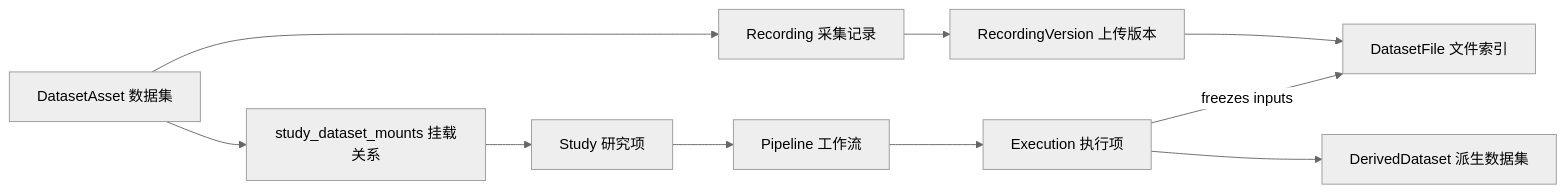
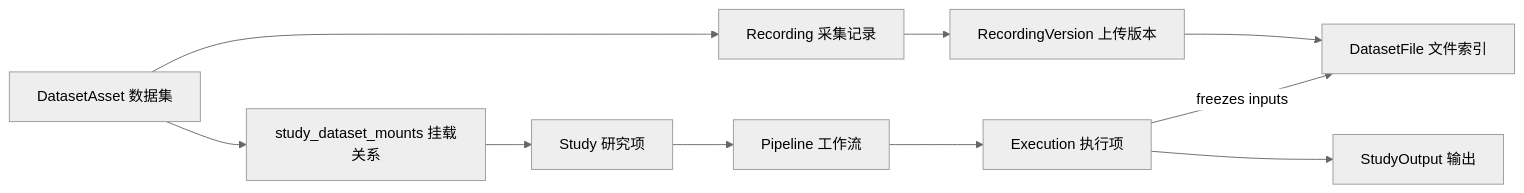
One commit to NoraJinxy/Niantong_GH_version changed the diagram in wiki/docs/3-10-数据库原则与对象关系.md. Above: the diagram before and after it, drawn with Mermaid (neutral theme). The commit also changed other lines of this file and 39 other files, not shown here.

First line of the commit message:
docs(retention): wiki 收尾 — 批量改名 derived_dataset→输出/StudyOutput + 3-45 概念页重写

````diff
--- a/wiki/docs/3-10-数据库原则与对象关系.md
+++ b/wiki/docs/3-10-数据库原则与对象关系.md
@@ -41,22 +41,22 @@
 ```mermaid
 flowchart LR
   Asset[DatasetAsset 数据集]
   Recording[Recording 采集记录]
   Version[RecordingVersion 上传版本]
   File[DatasetFile 文件索引]
   Mount[study_dataset_mounts 挂载关系]
   Study[Study 研究项]
   Pipeline[Pipeline 工作流]
   Execution[Execution 执行项]
-  DerivedDataset[DerivedDataset 派生数据集]
+  StudyOutput[StudyOutput 输出]
 
   Asset --> Recording
   Recording --> Version
   Version --> File
   Asset --> Mount
   Mount --> Study
   Study --> Pipeline
   Pipeline --> Execution
   Execution -->|freezes inputs| File
-  Execution --> DerivedDataset
+  Execution --> StudyOutput
 ```
````
